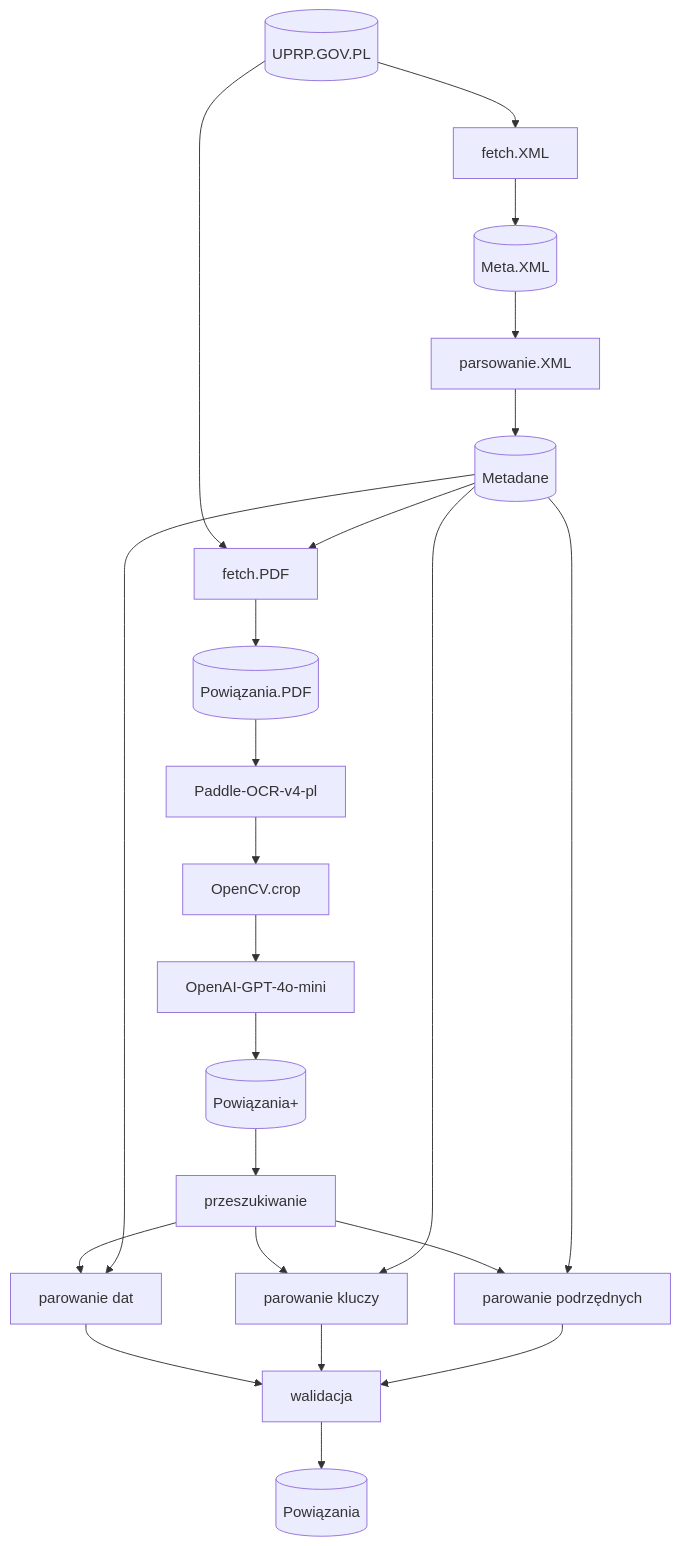
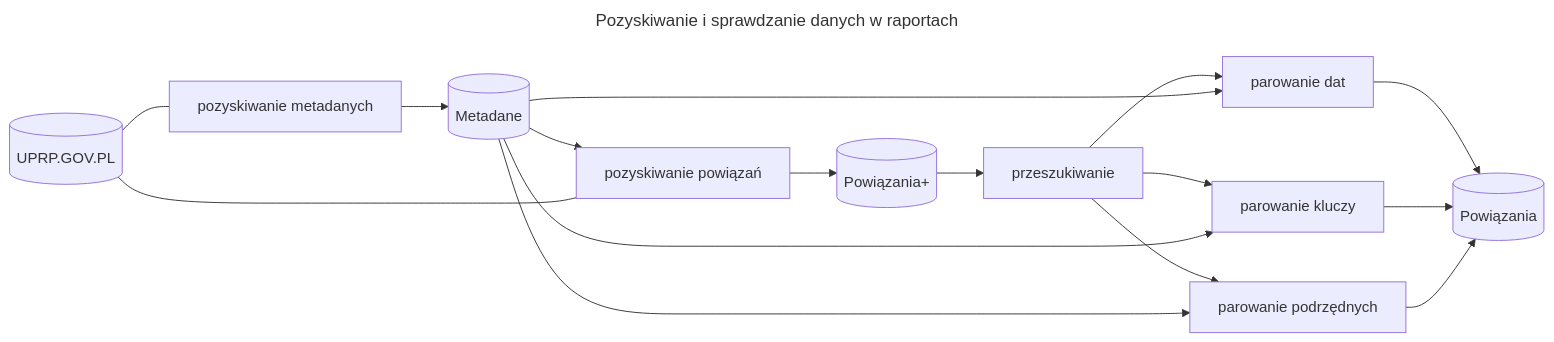
The second of 3 diagrams in raport/readme.md (adamAfro/UPRP), drawn with Mermaid before and after one commit. The commit also changed other lines of this file and 2 other files, not shown here.

````diff
--- a/raport/readme.md
+++ b/raport/readme.md
@@ -13,37 +28,19 @@
 ```mermaid
-graph TD;
-
+---
+title: Pozyskiwanie i sprawdzanie danych w raportach
+---
+graph LR
+m[pozyskiwanie metadanych]
+--> M[(Metadane)]
+--> r[pozyskiwanie powiązań] 
+--> R0[(Powiązania+)]
+R0 --> P[przeszukiwanie]
+P --> D[parowanie dat]
+P --> K[parowanie kluczy]
+P --> C[parowanie podrzędnych]
+M --> D; M --> K; M --> C
+D --> R; K --> R; C --> R
 G[(UPRP.GOV.PL)]
-M0[(Meta.XML)]
-M[(Metadane)]
-
-R0[(Powiązania.PDF)]
-R[(Powiązania+)]
-y[(Powiązania)]
-
-G   --> fetch.XML --> M0
-M0  --> parsowanie.XML     --> M
-G   --> fetch.PDF --> R0
-M   --> fetch.PDF
-
-OCR[Paddle-OCR-v4-pl]
-GPT[OpenAI-GPT-4o-mini]
-OCV[OpenCV.crop]
-
-R0  --> OCR --> OCV --> GPT --> R
-
-K[parowanie kluczy]
-C[parowanie podrzędnych]
-D[parowanie dat]
-V[walidacja]
-
-R --> przeszukiwanie
-
-      przeszukiwanie --> D; M --> D
-      przeszukiwanie --> K; M --> K
-      przeszukiwanie --> C; M --> C
-
-D --> V; K --> V; C --> V
-
-V --> y
+G --- m; G --- r
+R[(Powiązania)]
 ```
````
